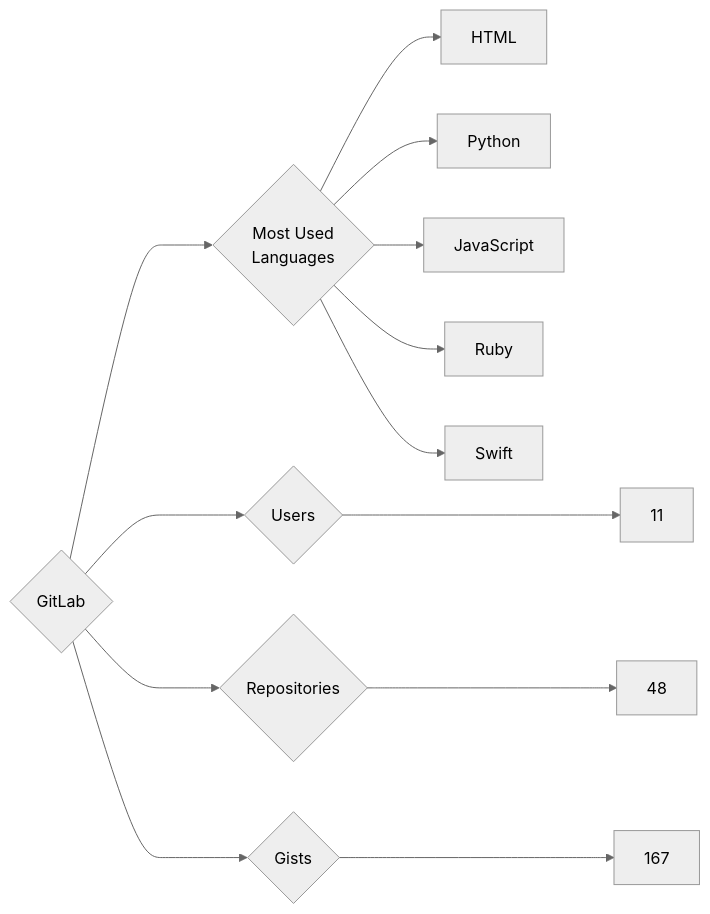
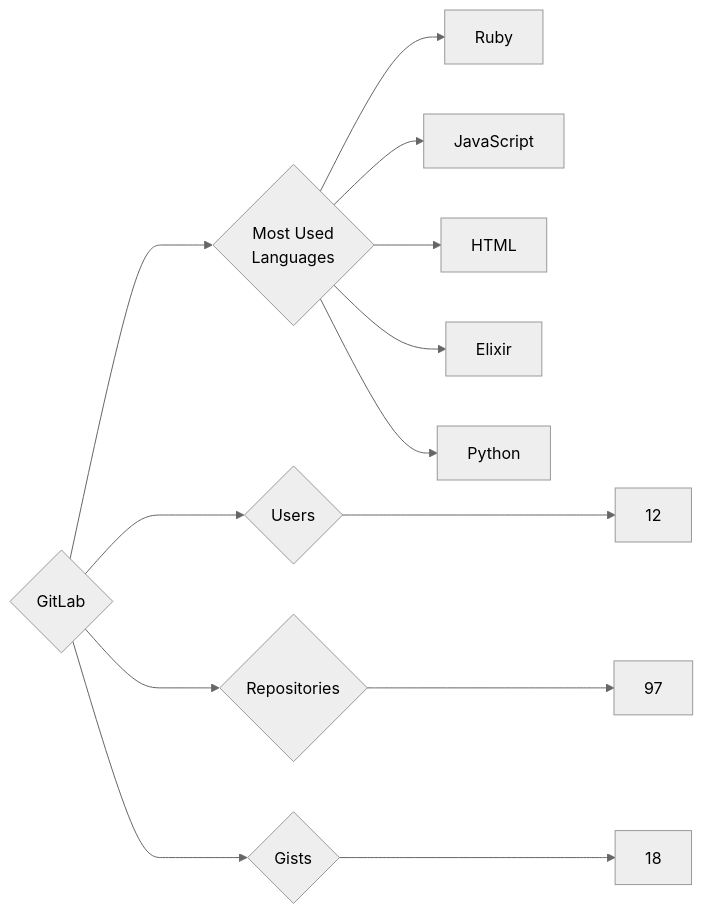
One commit to trickest/insiders changed the diagram in targets/GitLab/README.md. Above: the diagram before and after it, drawn with Mermaid (neutral theme). The commit also changed 629 other files, not shown here.

````diff
--- a/targets/GitLab/README.md
+++ b/targets/GitLab/README.md
@@ -3,13 +3,13 @@
 ```mermaid
 graph LR
 COMPANY_NAME{GitLab}
-COMPANY_NAME ---> U{Users} ---> UN[11]
-COMPANY_NAME ---> R{Repositories} ---> RN[48]
-COMPANY_NAME ---> G{Gists} ---> GN[167]
+COMPANY_NAME ---> U{Users} ---> UN[12]
+COMPANY_NAME ---> R{Repositories} ---> RN[97]
+COMPANY_NAME ---> G{Gists} ---> GN[18]
 COMPANY_NAME ---> ML{Most Used<br>Languages}
+ML --> Ruby[Ruby]
+ML --> JavaScript[JavaScript]
 ML --> HTML[HTML]
+ML --> Elixir[Elixir]
 ML --> Python[Python]
-ML --> JavaScript[JavaScript]
-ML --> Ruby[Ruby]
-ML --> Swift[Swift]
 ```
````
